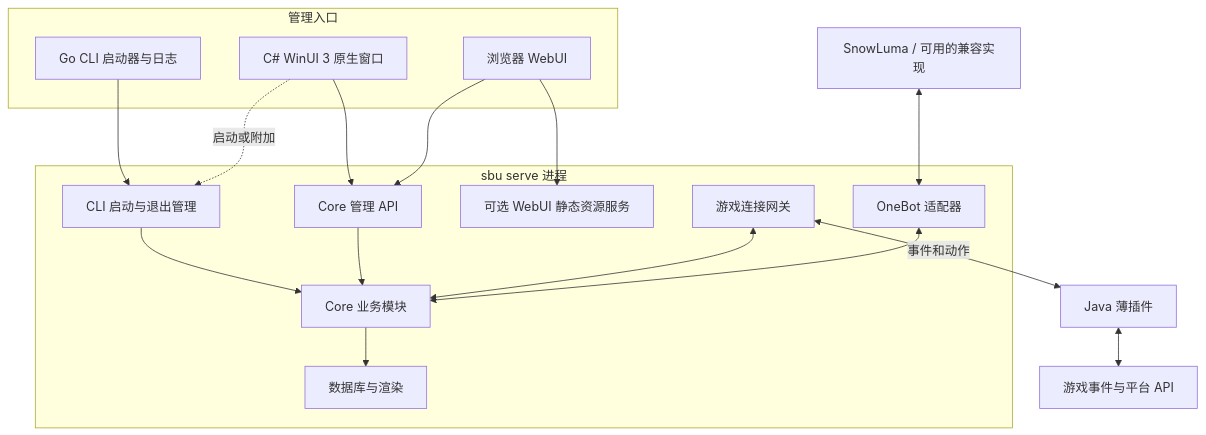
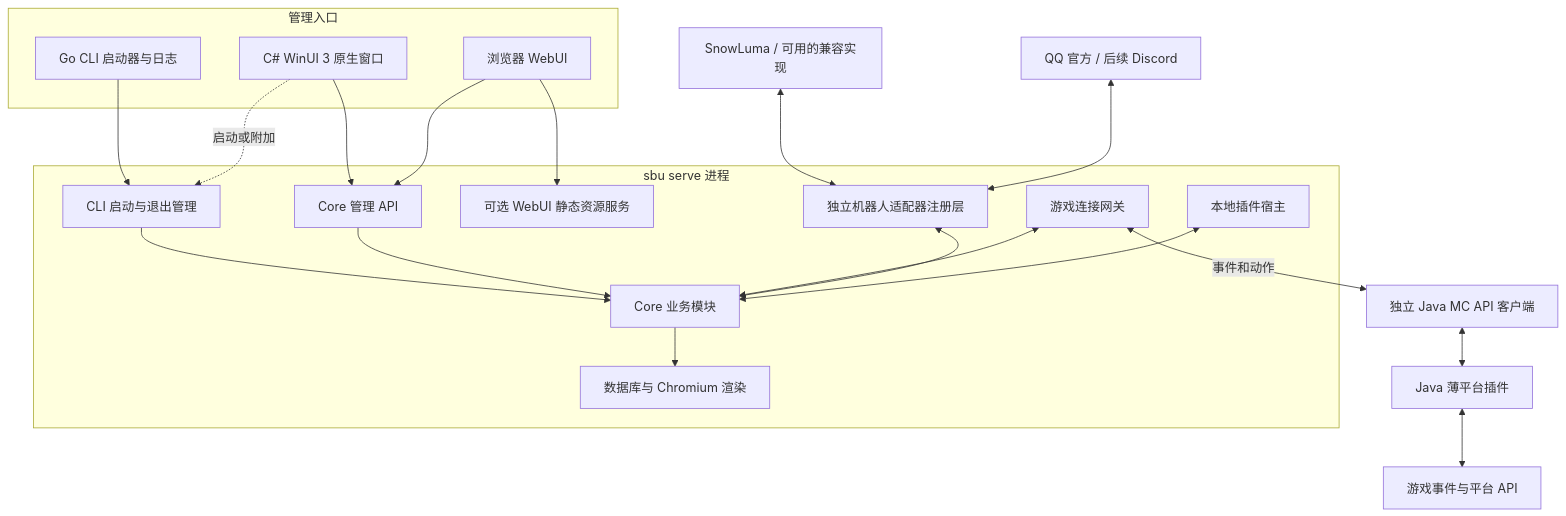
One commit to ShitBot-Team/ShitBotUltra changed the diagram in docs/plan/01-总体规划.md. Above: the diagram before and after it, drawn with Mermaid. The commit also changed other lines of this file and 8 other files, not shown here.

````diff
--- a/docs/plan/01-总体规划.md
+++ b/docs/plan/01-总体规划.md
@@ -91,30 +100,34 @@
 ```mermaid
 flowchart TB
     subgraph Inputs[管理入口]
         Terminal[Go CLI 启动器与日志]
         Desktop[C# WinUI 3 原生窗口]
         Browser[浏览器 WebUI]
     end
     subgraph Process[sbu serve 进程]
         Host[CLI 启动与退出管理]
         Admin[Core 管理 API]
         Core[Core 业务模块]
         Static[可选 WebUI 静态资源服务]
         Bridge[游戏连接网关]
-        Bot[OneBot 适配器]
-        Data[数据库与渲染]
+        Bot[独立机器人适配器注册层]
+        Data[数据库与 Chromium 渲染]
+        Ext[本地插件宿主]
         Host --> Core
         Admin --> Core
         Core --> Data
         Bridge <--> Core
         Bot <--> Core
+        Ext <--> Core
     end
     Terminal --> Host
     Desktop --> Admin
     Desktop -. 启动或附加 .-> Host
     Browser --> Static
     Browser --> Admin
     Snow[SnowLuma / 可用的兼容实现] <--> Bot
-    Bridge <-->|事件和动作| Jar[Java 薄插件]
+    Other[QQ 官方 / 后续 Discord] <--> Bot
+    Bridge <-->|事件和动作| JavaAPI[独立 Java MC API 客户端]
+    JavaAPI <--> Jar[Java 薄平台插件]
     Jar <--> Minecraft[游戏事件与平台 API]
 ```
````
